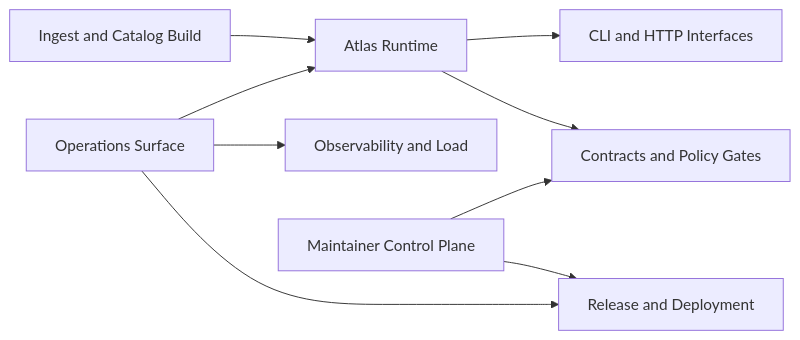
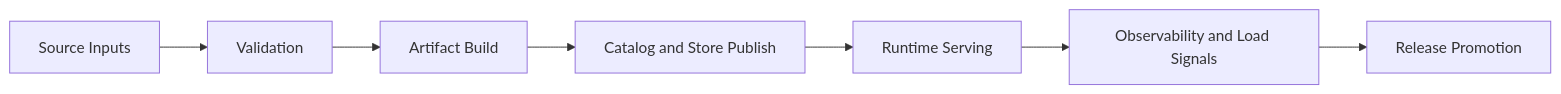
The diagram in docs/index.md (bijux/bijux-atlas), drawn with Mermaid before and after one commit. The commit also changed other lines of this file, not shown here.

Commit message:
docs(landing): rewrite atlas homepage for reader-first clarity

````diff
--- a/docs/index.md
+++ b/docs/index.md
@@ -67,11 +57,9 @@
 ```mermaid
 flowchart LR
-    ingest[Ingest and Catalog Build] --> runtime[Atlas Runtime]
-    runtime --> interfaces[CLI and HTTP Interfaces]
-    runtime --> contracts[Contracts and Policy Gates]
-    ops[Operations Surface] --> runtime
-    ops --> observability[Observability and Load]
-    ops --> delivery[Release and Deployment]
-    maintain[Maintainer Control Plane] --> contracts
-    maintain --> delivery
+    source[Source Inputs] --> validate[Validation]
+    validate --> build[Artifact Build]
+    build --> publish[Catalog and Store Publish]
+    publish --> serve[Runtime Serving]
+    serve --> observe[Observability and Load Signals]
+    observe --> release[Release Promotion]
 ```
````
